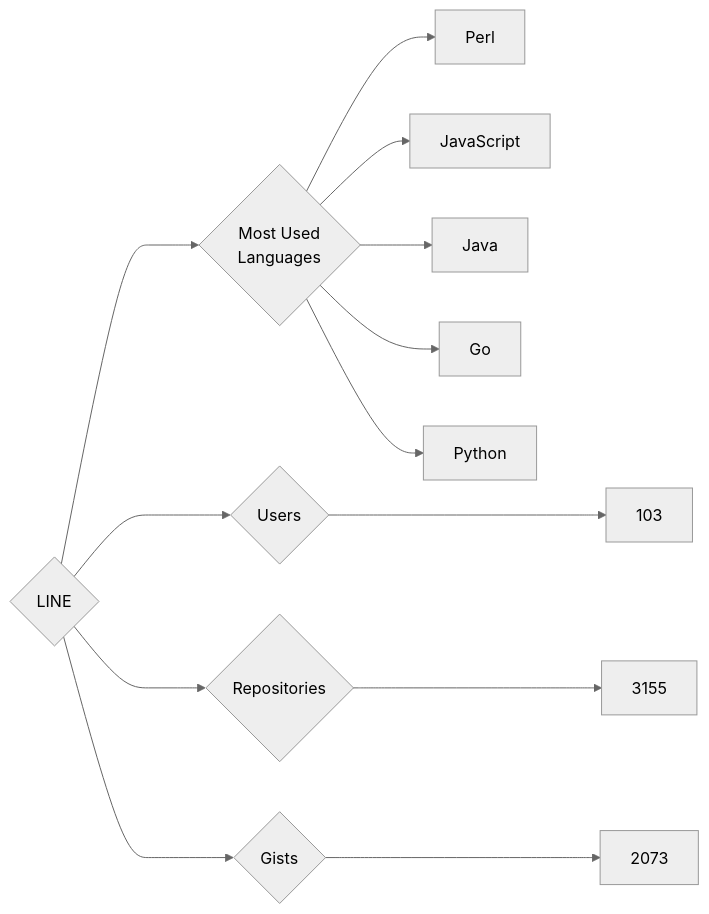
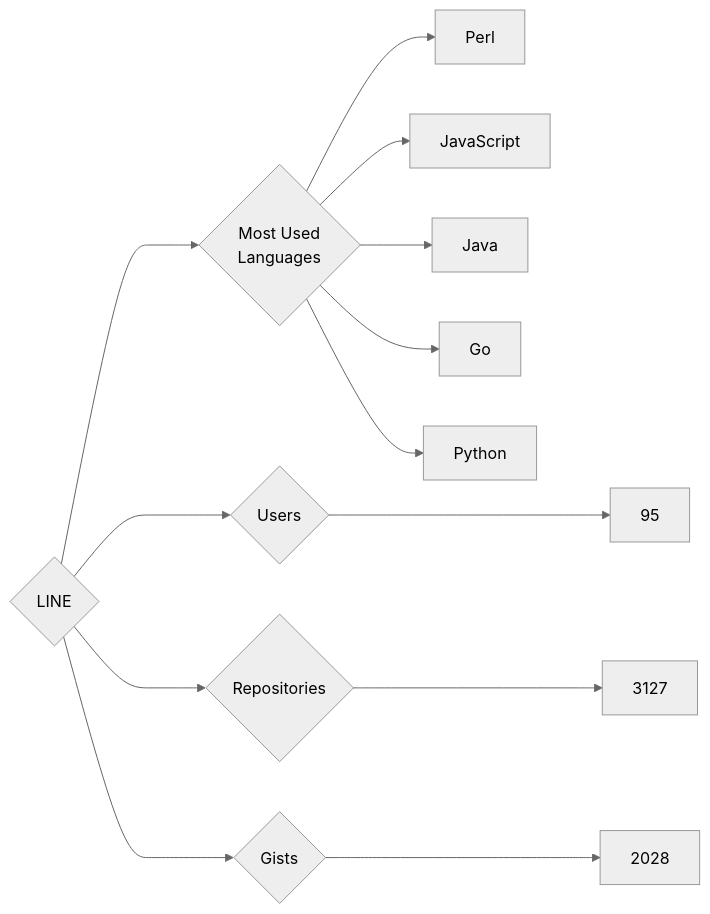
The diagram in targets/LINE/README.md (trickest/insiders), drawn with Mermaid (neutral theme) before and after one commit. The commit also changed 837 other files, not shown here.

````diff
--- a/targets/LINE/README.md
+++ b/targets/LINE/README.md
@@ -3,13 +3,13 @@
 ```mermaid
 graph LR
 COMPANY_NAME{LINE}
-COMPANY_NAME ---> U{Users} ---> UN[103]
-COMPANY_NAME ---> R{Repositories} ---> RN[3155]
-COMPANY_NAME ---> G{Gists} ---> GN[2073]
+COMPANY_NAME ---> U{Users} ---> UN[95]
+COMPANY_NAME ---> R{Repositories} ---> RN[3127]
+COMPANY_NAME ---> G{Gists} ---> GN[2028]
 COMPANY_NAME ---> ML{Most Used<br>Languages}
 ML --> Perl[Perl]
 ML --> JavaScript[JavaScript]
 ML --> Java[Java]
 ML --> Go[Go]
 ML --> Python[Python]
 ```
````
